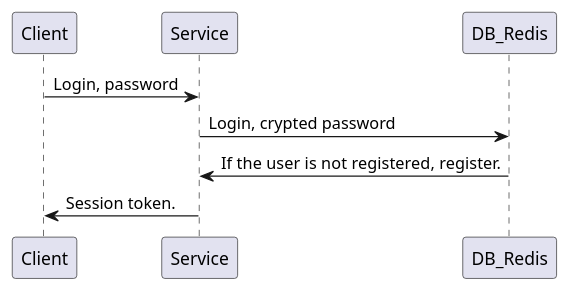
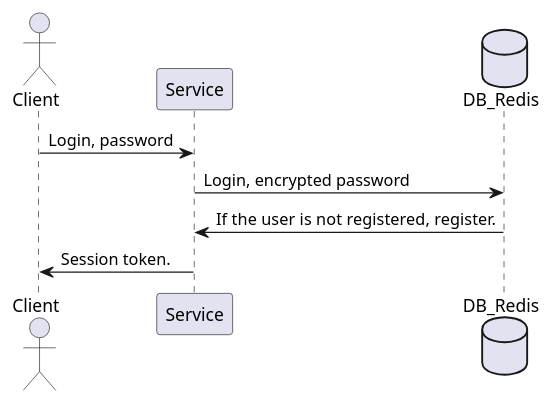
The diagram in doc/register_new_user.puml (DeneesK/auth-service-flask), drawn with PlantUML before and after one commit. The commit also changed 1 other file, not shown here.

```diff
--- a/doc/register_new_user.puml
+++ b/doc/register_new_user.puml
@@ -1,7 +1,8 @@
 @startuml
+actor Client
 Client -> Service: Login, password
-Service -> DB_Redis: Login, crypted password
-
+database DB_Redis
+Service -> DB_Redis: Login, encrypted password
 DB_Redis -> Service: If the user is not registered, register.
 Service -> Client: Session token.
 @enduml
```
